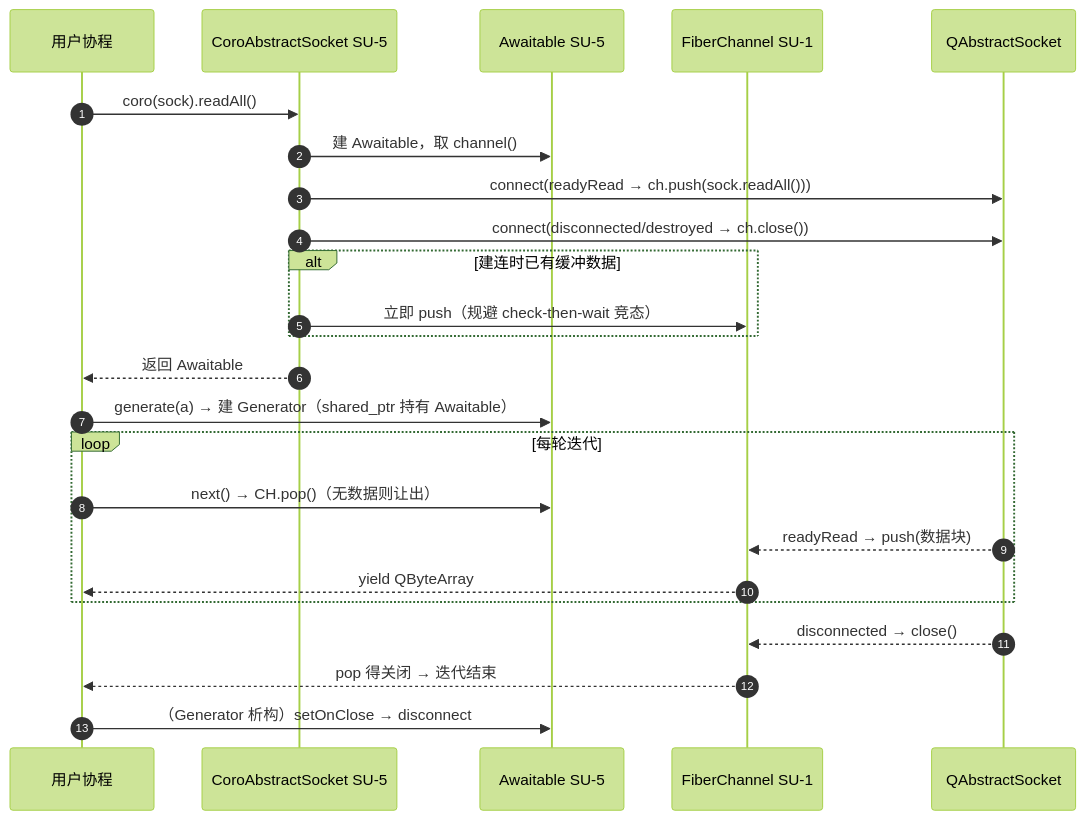
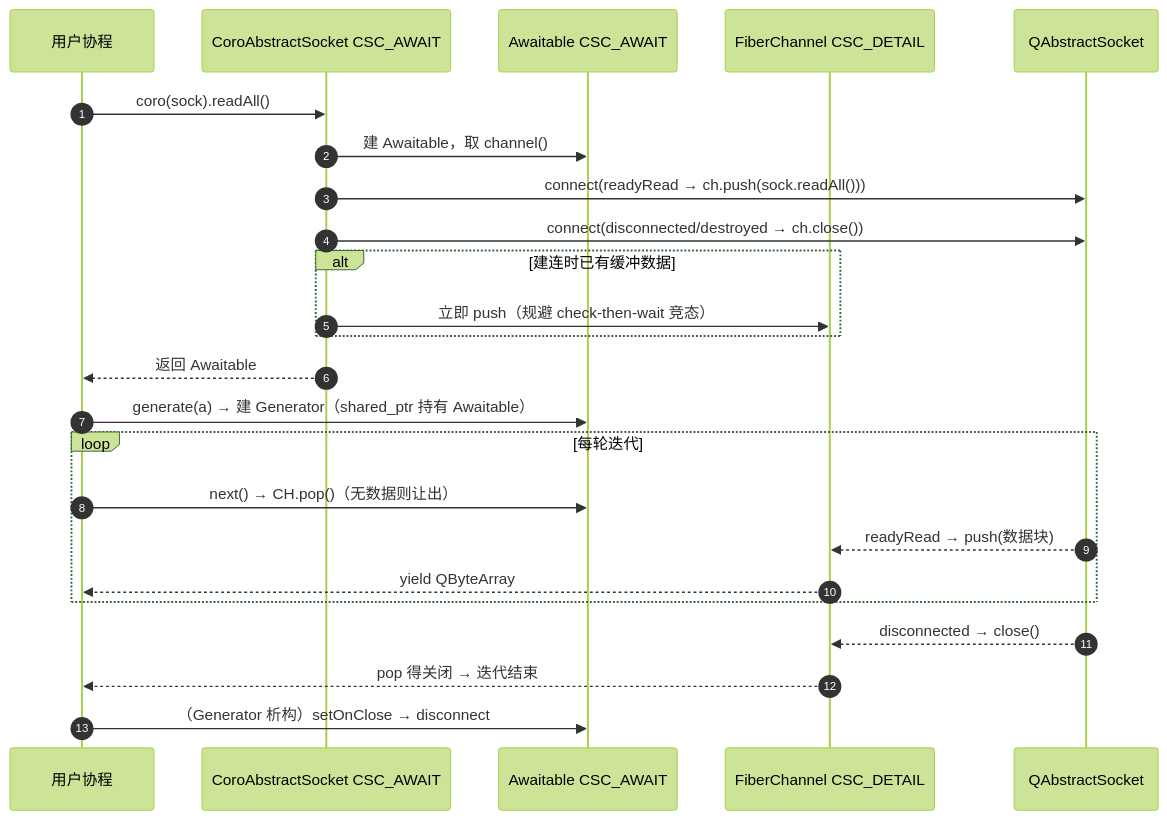
The tenth of 16 diagrams in doc/软件设计说明.md (Ste7an-cs/AsyncTask), drawn with Mermaid (forest theme) before and after one commit. The commit also changed other lines of this file, not shown here.

First line of the commit message:
docs(sdd): 按新模板重新生成软件设计说明，标识符改为 CSC/MS/JK/CSU 体系

````diff
--- a/doc/软件设计说明.md
+++ b/doc/软件设计说明.md
@@ -413,27 +431,27 @@
 ```mermaid
 sequenceDiagram
     autonumber
     participant U as 用户协程
-    participant W as CoroAbstractSocket SU-5
-    participant A as Awaitable SU-5
-    participant CH as FiberChannel SU-1
+    participant W as CoroAbstractSocket CSC_AWAIT
+    participant A as Awaitable CSC_AWAIT
+    participant CH as FiberChannel CSC_DETAIL
     participant Sk as QAbstractSocket
 
     U->>W: coro(sock).readAll()
     W->>A: 建 Awaitable，取 channel()
     W->>Sk: connect(readyRead → ch.push(sock.readAll()))
     W->>Sk: connect(disconnected/destroyed → ch.close())
     alt 建连时已有缓冲数据
         W->>CH: 立即 push（规避 check-then-wait 竞态）
     end
     W-->>U: 返回 Awaitable
     U->>A: generate(a) → 建 Generator（shared_ptr 持有 Awaitable）
     loop 每轮迭代
         U->>A: next() → CH.pop()（无数据则让出）
         Sk-->>CH: readyRead → push(数据块)
         CH-->>U: yield QByteArray
     end
     Sk-->>CH: disconnected → close()
     CH-->>U: pop 得关闭 → 迭代结束
     U->>A: （Generator 析构）setOnClose → disconnect
 ```
````
